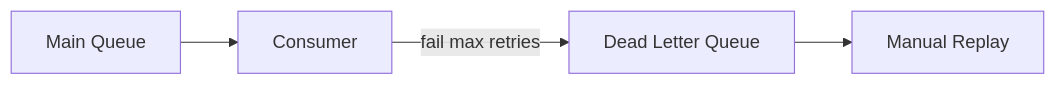
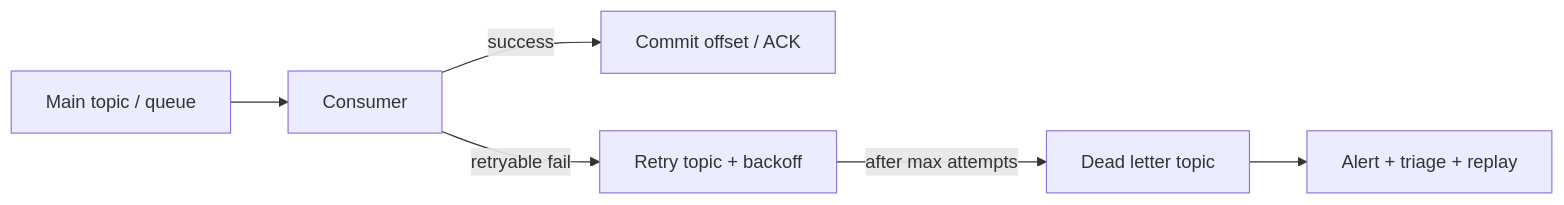
Diagram 20 of 29 in 06-messaging-and-events/README.md (hareramcse/SystemDesign), drawn with Mermaid before and after one commit. The commit also changed other lines of this file and 5 other files, not shown here.

````diff
--- a/06-messaging-and-events/README.md
+++ b/06-messaging-and-events/README.md
@@ -1134,6 +1383,8 @@
 ```mermaid
 flowchart LR
-    Main[Main Queue] --> Consumer
-    Consumer -->|fail max retries| DLQ[Dead Letter Queue]
-    DLQ --> Ops[Manual Replay]
+    Main[Main topic / queue] --> Consumer
+    Consumer -->|success| Done[Commit offset / ACK]
+    Consumer -->|retryable fail| Retry[Retry topic + backoff]
+    Retry -->|after max attempts| DLQ[Dead letter topic]
+    DLQ --> Ops[Alert + triage + replay]
 ```
````
